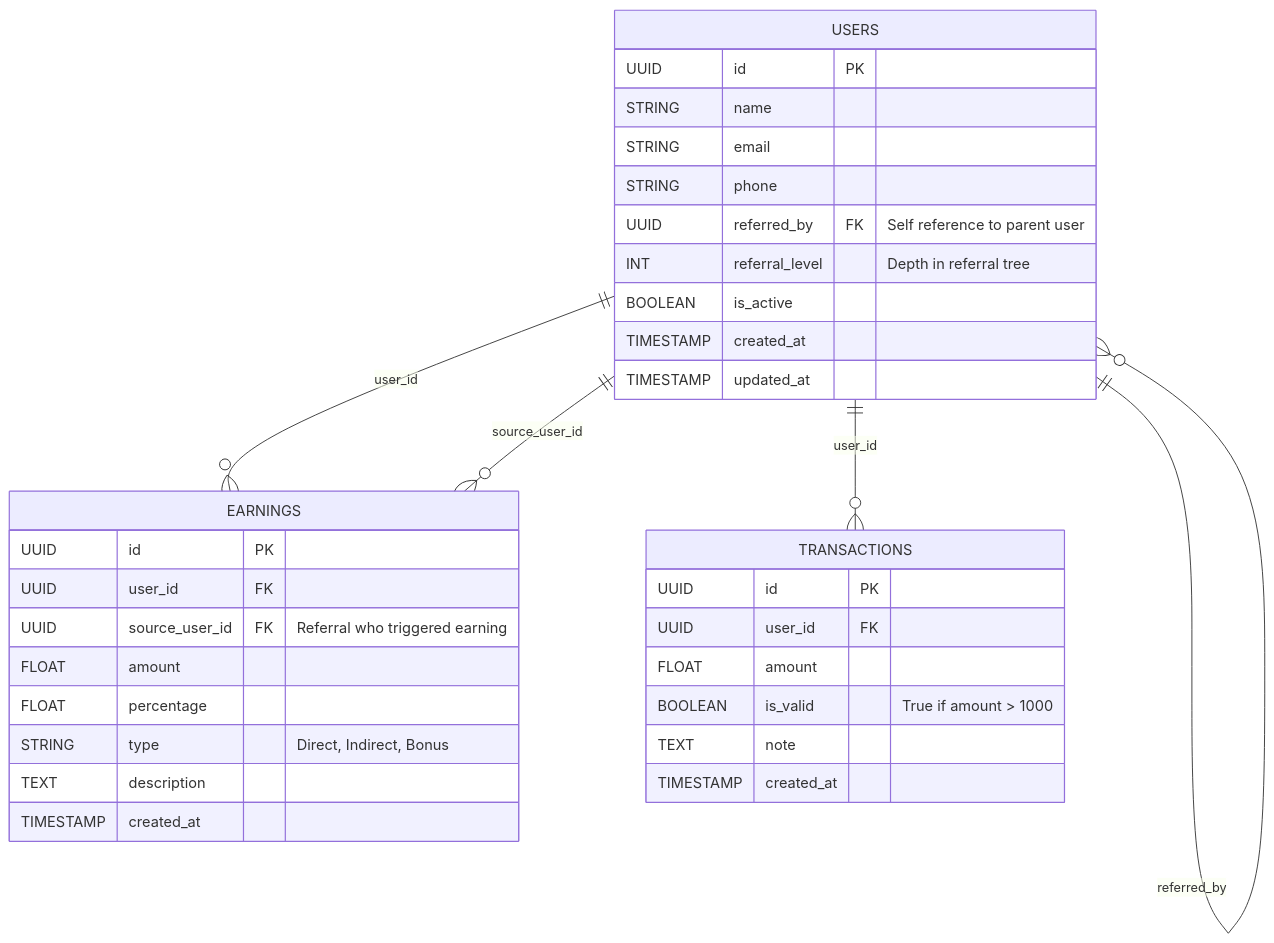
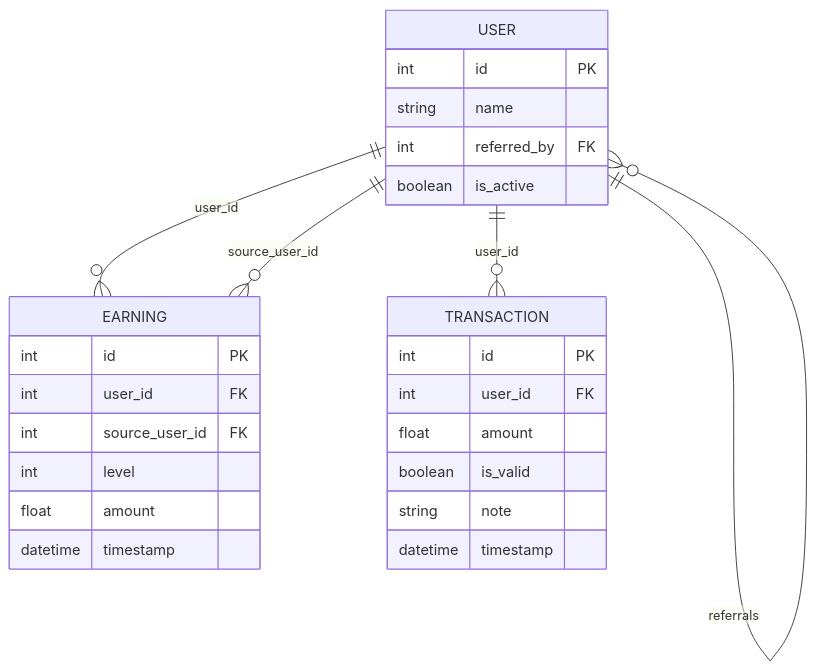
Before and after one commit to vineetkumardeva/bkedssda: the diagram in README.md, drawn with Mermaid. The commit also changed other lines of this file and 5 other files, not shown here.

````diff
--- a/README.md
+++ b/README.md
@@ -239,39 +120,33 @@
 ```mermaid
 erDiagram
-  USERS {
-    UUID id PK
-    STRING name
-    STRING email
-    STRING phone
-    UUID referred_by FK "Self reference to parent user"
-    INT referral_level "Depth in referral tree"
-    BOOLEAN is_active
-    TIMESTAMP created_at
-    TIMESTAMP updated_at
-  }
+USER {
+    int id PK
+    string name
+    int referred_by FK
+    boolean is_active
+}
 
-  EARNINGS {
-    UUID id PK
-    UUID user_id FK
-    UUID source_user_id FK "Referral who triggered earning"
-    FLOAT amount
-    FLOAT percentage
-    STRING type "Direct, Indirect, Bonus"
-    TEXT description
-    TIMESTAMP created_at
-  }
+EARNING {
+    int id PK
+    int user_id FK
+    int source_user_id FK
+    int level
+    float amount
+    datetime timestamp
+}
 
-  TRANSACTIONS {
-    UUID id PK
-    UUID user_id FK
-    FLOAT amount
-    BOOLEAN is_valid "True if amount > 1000"
-    TEXT note
-    TIMESTAMP created_at
-  }
+TRANSACTION {
+    int id PK
+    int user_id FK
+    float amount
+    boolean is_valid
+    string note
+    datetime timestamp
+}
 
-  USERS ||--o{ USERS : referred_by
-  USERS ||--o{ EARNINGS : user_id
-  USERS ||--o{ EARNINGS : source_user_id
-  USERS ||--o{ TRANSACTIONS : user_id
+%% Relationships
+USER ||--o{ USER : referrals
+USER ||--o{ EARNING : "user_id"
+USER ||--o{ EARNING : "source_user_id"
+USER ||--o{ TRANSACTION : "user_id"
 ```
````
